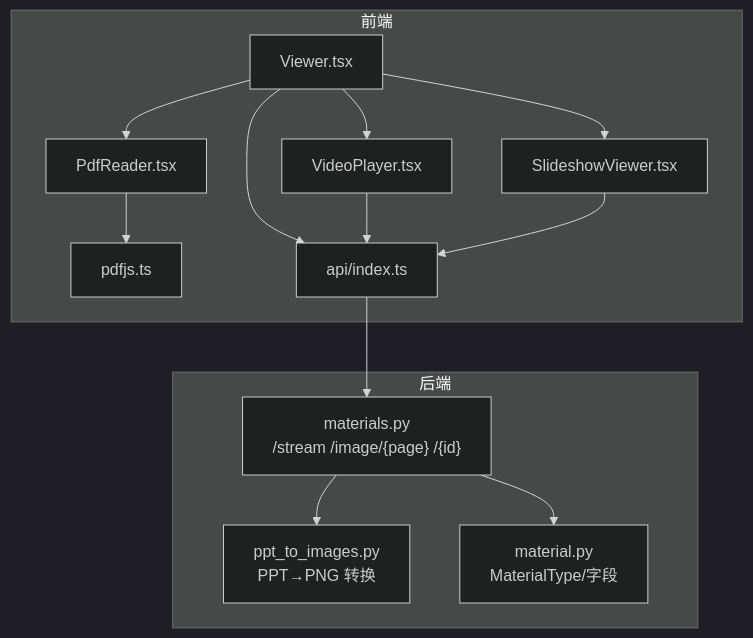
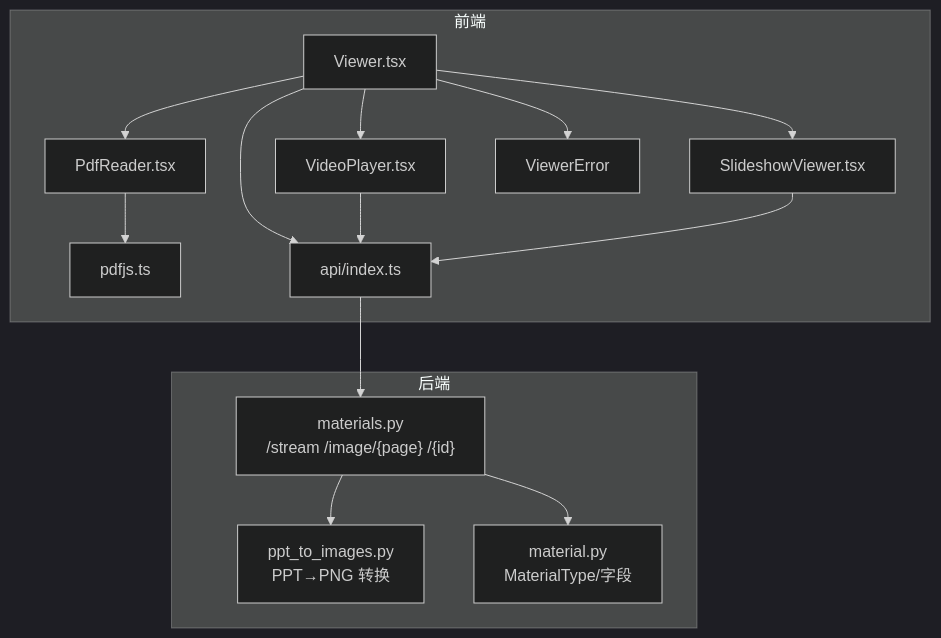
Before and after one commit to leo21cn/ai-learning-hub: the first of 7 diagrams in .qoder/repowiki/zh/content/前端开发指南/页面开发/前台页面开发/在线播放器页面/在线播放器页面.md, drawn with Mermaid (dark theme). The commit also changed other lines of this file and 41 other files, not shown here.

````diff
--- a/.qoder/repowiki/zh/content/前端开发指南/页面开发/前台页面开发/在线播放器页面/在线播放器页面.md
+++ b/.qoder/repowiki/zh/content/前端开发指南/页面开发/前台页面开发/在线播放器页面/在线播放器页面.md
@@ -40,26 +48,28 @@
 ```mermaid
 graph TB
 subgraph "前端"
 V["Viewer.tsx"]
 VP["VideoPlayer.tsx"]
 PR["PdfReader.tsx"]
 SV["SlideshowViewer.tsx"]
 PJ["pdfjs.ts"]
 API["api/index.ts"]
+VE["ViewerError"]
 end
 subgraph "后端"
 MAT_API["materials.py<br/>/stream /image/{page} /{id}"]
 PPT_IMG["ppt_to_images.py<br/>PPT→PNG 转换"]
 MODEL["material.py<br/>MaterialType/字段"]
 end
 V --> VP
 V --> PR
 V --> SV
+V --> VE
 PR --> PJ
 V --> API
 VP --> API
 SV --> API
 API --> MAT_API
 MAT_API --> MODEL
 MAT_API --> PPT_IMG
 ```
````
